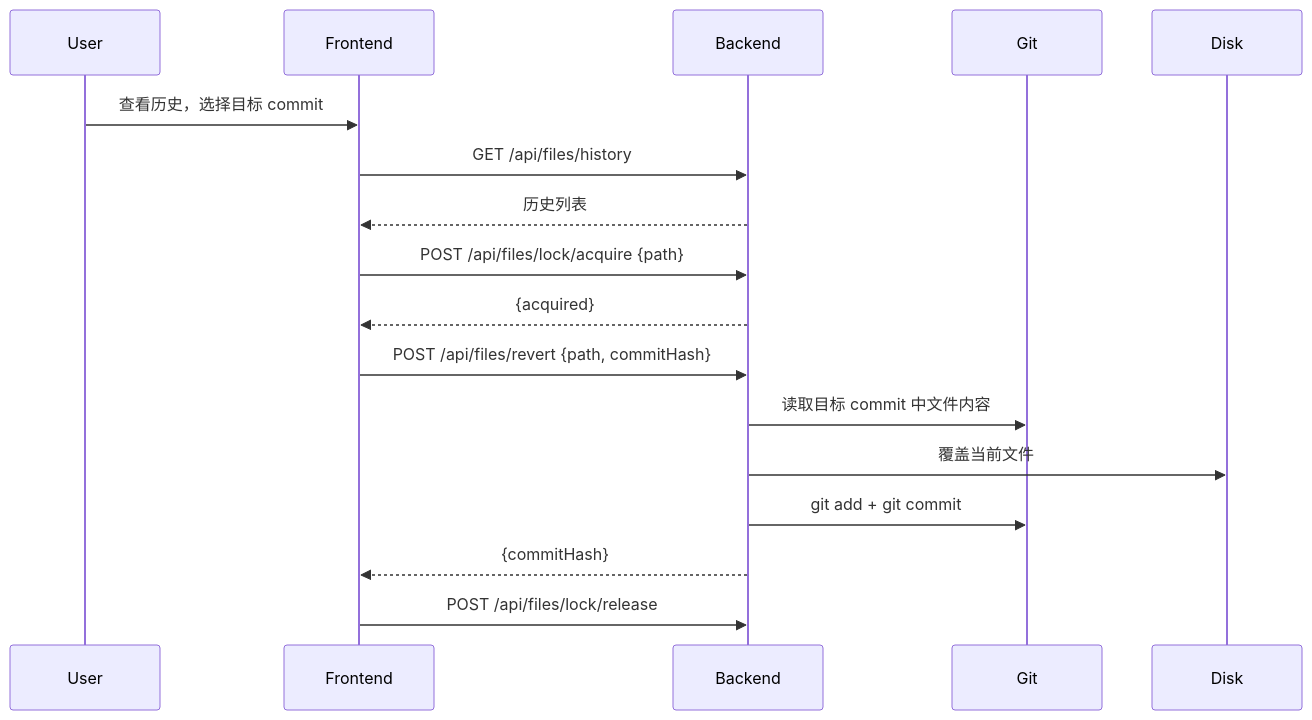
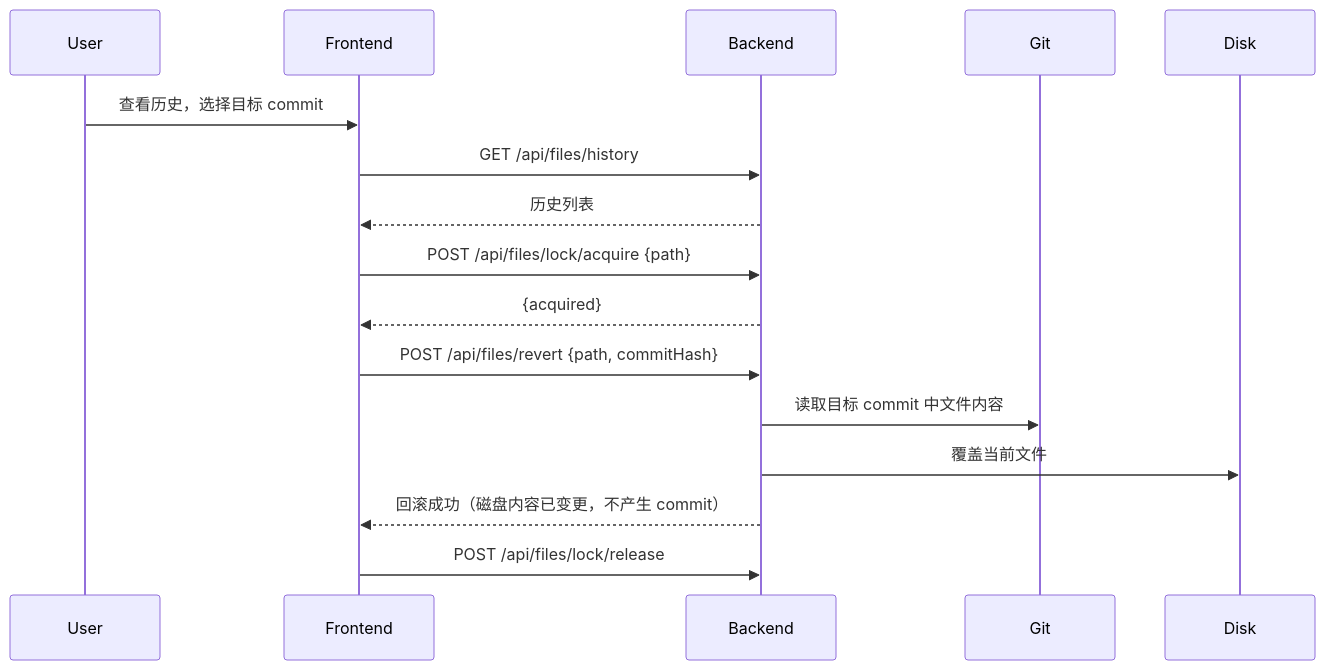
Before and after one commit to tonyabasy/lanting-stream-ce: the sixth of 8 diagrams in docs/backend/file-system-spec.md, drawn with Mermaid. The commit also changed other lines of this file and 31 other files, not shown here.

````diff
--- a/docs/backend/file-system-spec.md
+++ b/docs/backend/file-system-spec.md
@@ -306,20 +305,19 @@
 ```mermaid
 sequenceDiagram
     participant U as User
     participant F as Frontend
     participant B as Backend
     participant G as Git
     participant D as Disk
 
     U->>F: 查看历史，选择目标 commit
     F->>B: GET /api/files/history
     B-->>F: 历史列表
     F->>B: POST /api/files/lock/acquire {path}
     B-->>F: {acquired}
     F->>B: POST /api/files/revert {path, commitHash}
     B->>G: 读取目标 commit 中文件内容
     B->>D: 覆盖当前文件
-    B->>G: git add + git commit
-    B-->>F: {commitHash}
+    B-->>F: 回滚成功（磁盘内容已变更，不产生 commit）
     F->>B: POST /api/files/lock/release
 ```
````
